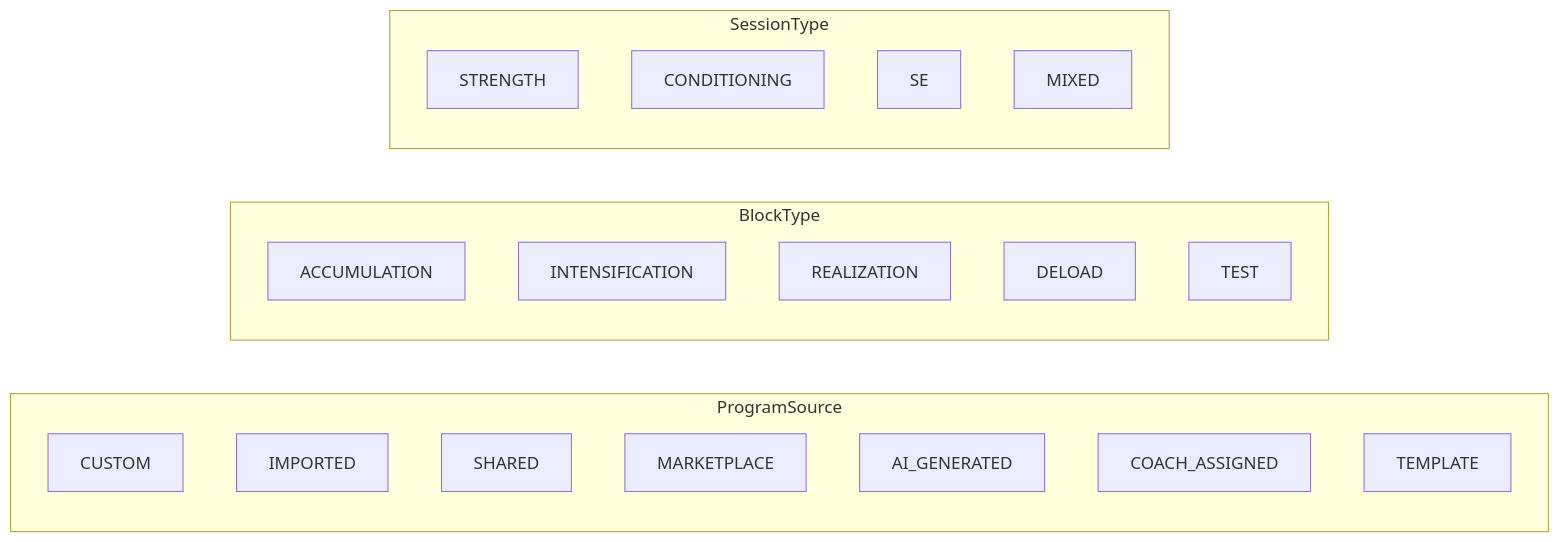
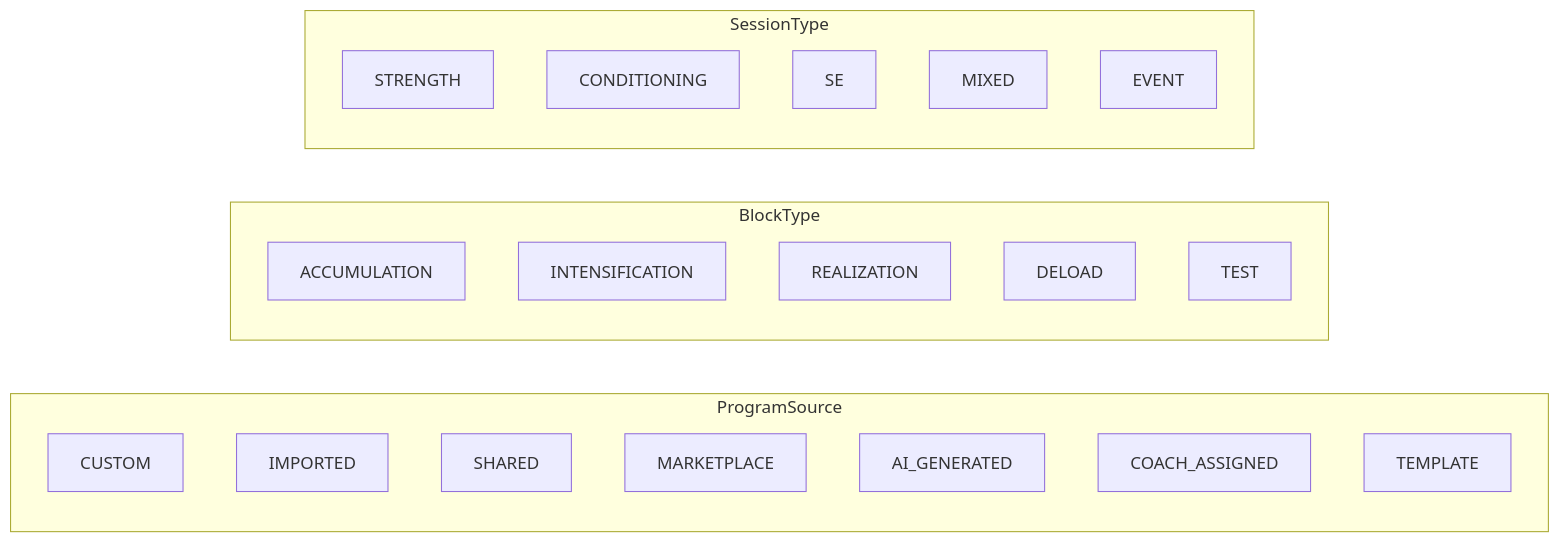
Diagram 12 of 19 in docs/05-domain-model.md (rghsoftware/ardent-forge), drawn with Mermaid before and after one commit. The commit also changed other lines of this file and 14 other files, not shown here.

````diff
--- a/docs/05-domain-model.md
+++ b/docs/05-domain-model.md
@@ -526,27 +539,28 @@
 ```mermaid
 flowchart LR
     subgraph ProgramSource
         PS1["CUSTOM"]
         PS2["IMPORTED"]
         PS3["SHARED"]
         PS4["MARKETPLACE"]
         PS5["AI_GENERATED"]
         PS6["COACH_ASSIGNED"]
         PS7["TEMPLATE"]
     end
 
     subgraph BlockType
         BT1["ACCUMULATION"]
         BT2["INTENSIFICATION"]
         BT3["REALIZATION"]
         BT4["DELOAD"]
         BT5["TEST"]
     end
 
     subgraph SessionType
         ST1["STRENGTH"]
         ST2["CONDITIONING"]
         ST3["SE"]
         ST4["MIXED"]
+        ST5["EVENT"]
     end
 ```
````
